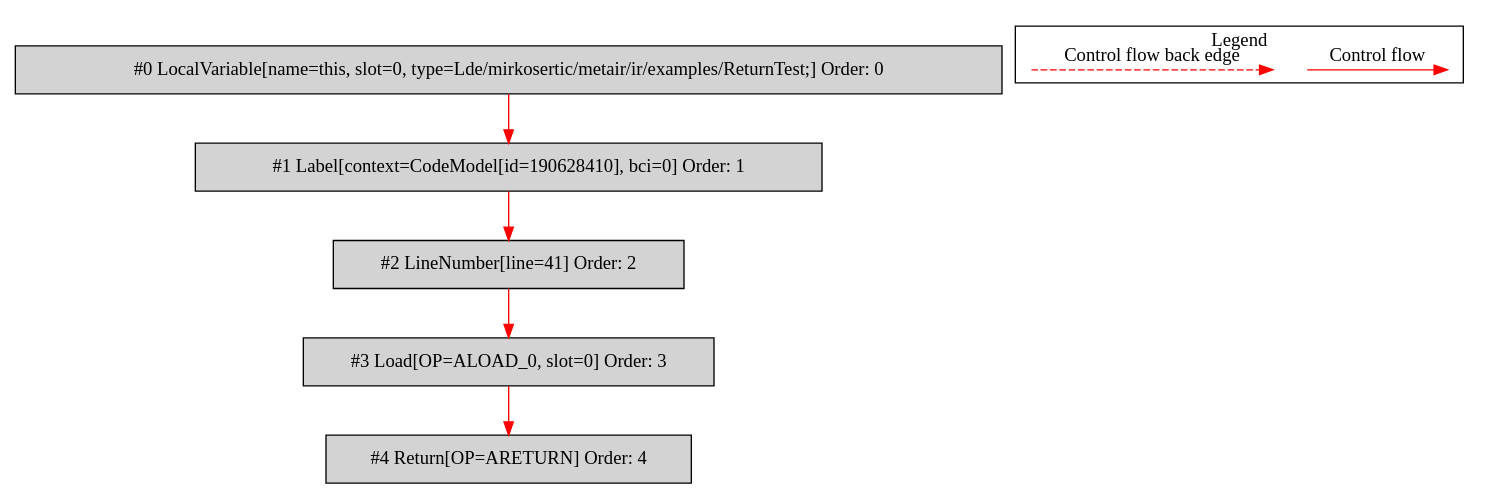
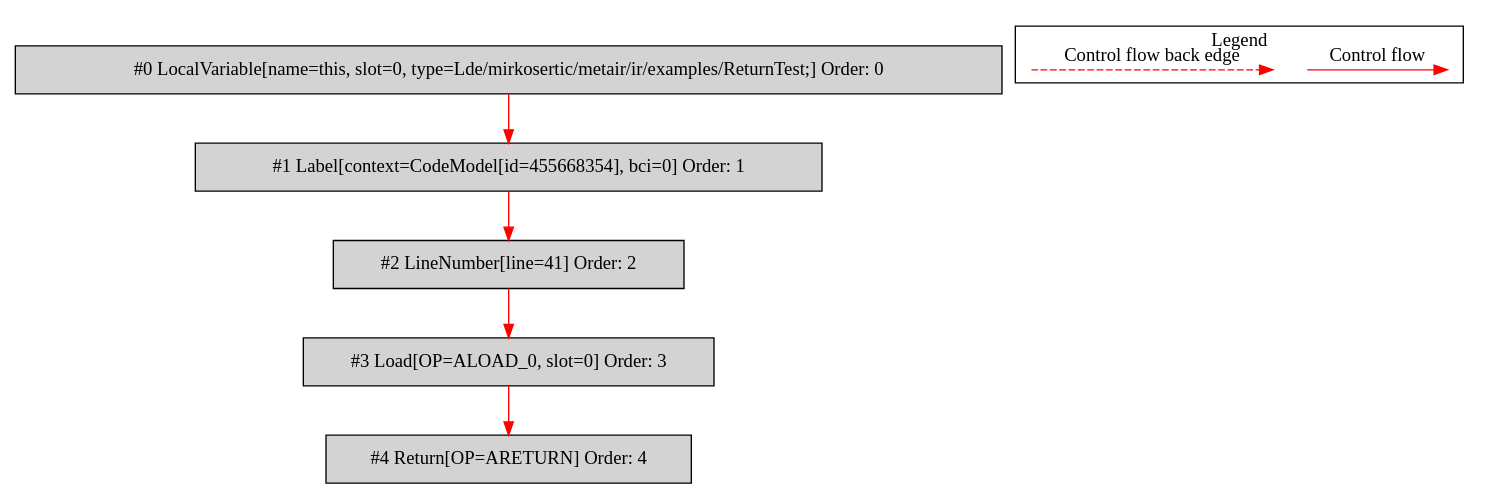
The diagram in de.mirkosertic.metair.ir.examples.ReturnTest/returnObject/bytecodecfg.dot (mirkosertic/MetaIR), drawn with Graphviz before and after one commit. The commit also changed 27 other files, not shown here.

```diff
--- a/de.mirkosertic.metair.ir.examples.ReturnTest/returnObject/bytecodecfg.dot
+++ b/de.mirkosertic.metair.ir.examples.ReturnTest/returnObject/bytecodecfg.dot
@@ -1,25 +1,25 @@
 digraph {
  node0[label="#0 LocalVariable[name=this, slot=0, type=Lde/mirkosertic/metair/ir/examples/ReturnTest;] Order: 0", shape=box, fillcolor=lightgrey, style=filled];
- node1[label="#1 Label[context=CodeModel[id=190628410], bci=0] Order: 1", shape=box, fillcolor=lightgrey, style=filled];
+ node1[label="#1 Label[context=CodeModel[id=455668354], bci=0] Order: 1", shape=box, fillcolor=lightgrey, style=filled];
  node2[label="#2 LineNumber[line=41] Order: 2", shape=box, fillcolor=lightgrey, style=filled];
  node3[label="#3 Load[OP=ALOAD_0, slot=0] Order: 3", shape=box, fillcolor=lightgrey, style=filled];
  node4[label="#4 Return[OP=ARETURN] Order: 4", shape=box, fillcolor=lightgrey, style=filled];
  node0 -> node1[color=red];
  node1 -> node2[color=red];
  node2 -> node3[color=red];
  node3 -> node4[color=red];
  subgraph cluster_000 {
   label = "Legend";
   node [shape=point]
   {
    rank=same;
    c0 [style = invis];
    c1 [style = invis];
    c2 [style = invis];
    c3 [style = invis];
   }
   c0 -> c1 [label="Control flow", style=solid, color=red]
   c2 -> c3 [label="Control flow back edge", style=dashed, color=red]
  }
 
 }
```
